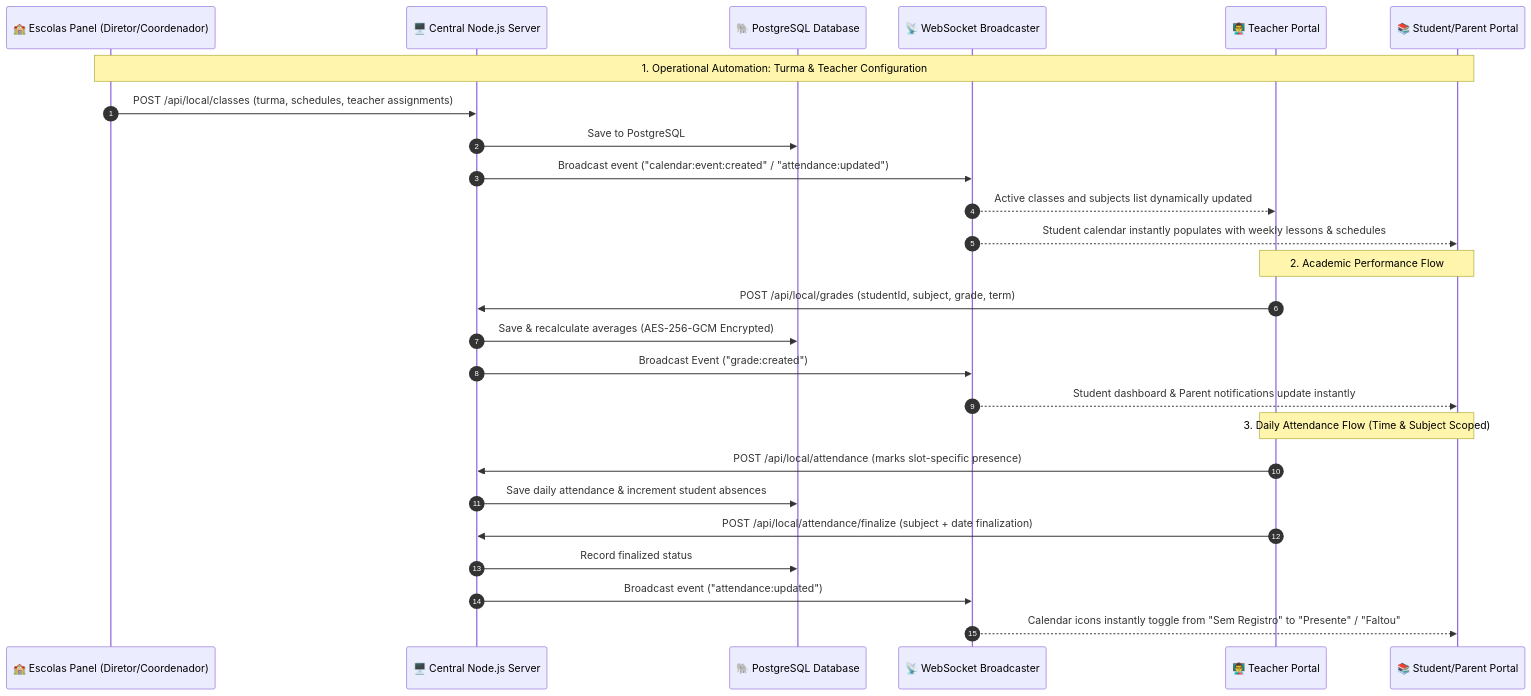
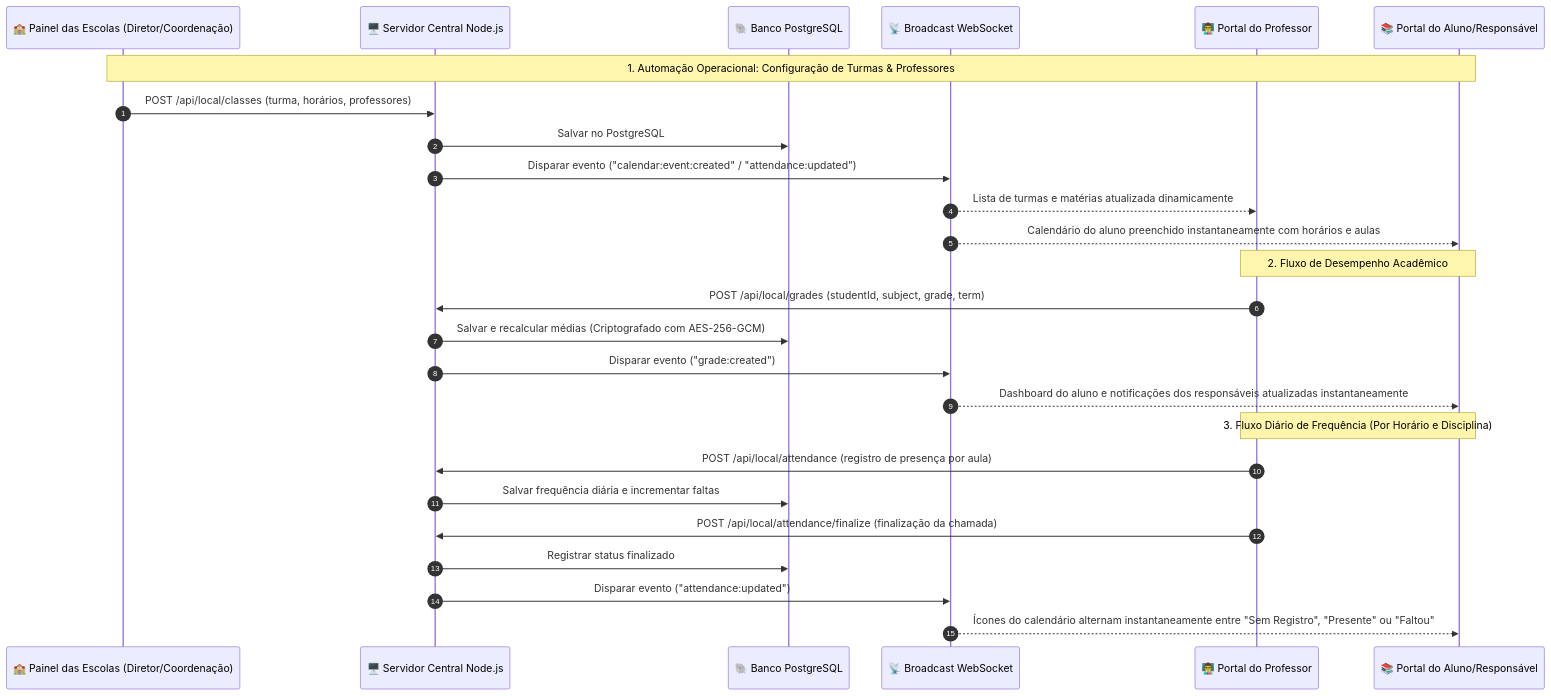
One commit to EduTok/map changed the second of 6 diagrams in README.md. Above: the diagram before and after it, drawn with Mermaid. The commit also changed other lines of this file, not shown here.

````diff
--- a/README.md
+++ b/README.md
@@ -64,34 +66,34 @@
 ```mermaid
 sequenceDiagram
     autonumber
-    participant Admin as 🏫 Escolas Panel (Diretor/Coordenador)
-    participant Server as 🖥️ Central Node.js Server
-    participant DB as 🐘 PostgreSQL Database
-    participant WS as 📡 WebSocket Broadcaster
-    participant Teacher as 👨‍🏫 Teacher Portal
-    participant Student as 📚 Student/Parent Portal
+    participant Admin as 🏫 Painel das Escolas (Diretor/Coordenação)
+    participant Server as 🖥️ Servidor Central Node.js
+    participant DB as 🐘 Banco PostgreSQL
+    participant WS as 📡 Broadcast WebSocket
+    participant Teacher as 👨‍🏫 Portal do Professor
+    participant Student as 📚 Portal do Aluno/Responsável
 
     %% Class Creation & Assignment Flow
-    Note over Admin, Student: 1. Operational Automation: Turma & Teacher Configuration
-    Admin->>Server: POST /api/local/classes (turma, schedules, teacher assignments)
-    Server->>DB: Save to PostgreSQL
-    Server->>WS: Broadcast event ("calendar:event:created" / "attendance:updated")
-    WS-->>Teacher: Active classes and subjects list dynamically updated
-    WS-->>Student: Student calendar instantly populates with weekly lessons & schedules
+    Note over Admin, Student: 1. Automação Operacional: Configuração de Turmas & Professores
+    Admin->>Server: POST /api/local/classes (turma, horários, professores)
+    Server->>DB: Salvar no PostgreSQL
+    Server->>WS: Disparar evento ("calendar:event:created" / "attendance:updated")
+    WS-->>Teacher: Lista de turmas e matérias atualizada dinamicamente
+    WS-->>Student: Calendário do aluno preenchido instantaneamente com horários e aulas
 
     %% Grades Submission Flow
-    Note over Teacher, Student: 2. Academic Performance Flow
+    Note over Teacher, Student: 2. Fluxo de Desempenho Acadêmico
     Teacher->>Server: POST /api/local/grades (studentId, subject, grade, term)
-    Server->>DB: Save & recalculate averages (AES-256-GCM Encrypted)
-    Server->>WS: Broadcast Event ("grade:created")
-    WS-->>Student: Student dashboard & Parent notifications update instantly
+    Server->>DB: Salvar e recalcular médias (Criptografado com AES-256-GCM)
+    Server->>WS: Disparar evento ("grade:created")
+    WS-->>Student: Dashboard do aluno e notificações dos responsáveis atualizadas instantaneamente
 
-    %% Attendance Flow (Subject and Slot Scoped)
-    Note over Teacher, Student: 3. Daily Attendance Flow (Time & Subject Scoped)
-    Teacher->>Server: POST /api/local/attendance (marks slot-specific presence)
-    Server->>DB: Save daily attendance & increment student absences
-    Teacher->>Server: POST /api/local/attendance/finalize (subject + date finalization)
-    Server->>DB: Record finalized status
-    Server->>WS: Broadcast event ("attendance:updated")
-    WS-->>Student: Calendar icons instantly toggle from "Sem Registro" to "Presente" / "Faltou"
+    %% Attendance Flow
+    Note over Teacher, Student: 3. Fluxo Diário de Frequência (Por Horário e Disciplina)
+    Teacher->>Server: POST /api/local/attendance (registro de presença por aula)
+    Server->>DB: Salvar frequência diária e incrementar faltas
+    Teacher->>Server: POST /api/local/attendance/finalize (finalização da chamada)
+    Server->>DB: Registrar status finalizado
+    Server->>WS: Disparar evento ("attendance:updated")
+    WS-->>Student: Ícones do calendário alternam instantaneamente entre "Sem Registro", "Presente" ou "Faltou"
 ```
````
